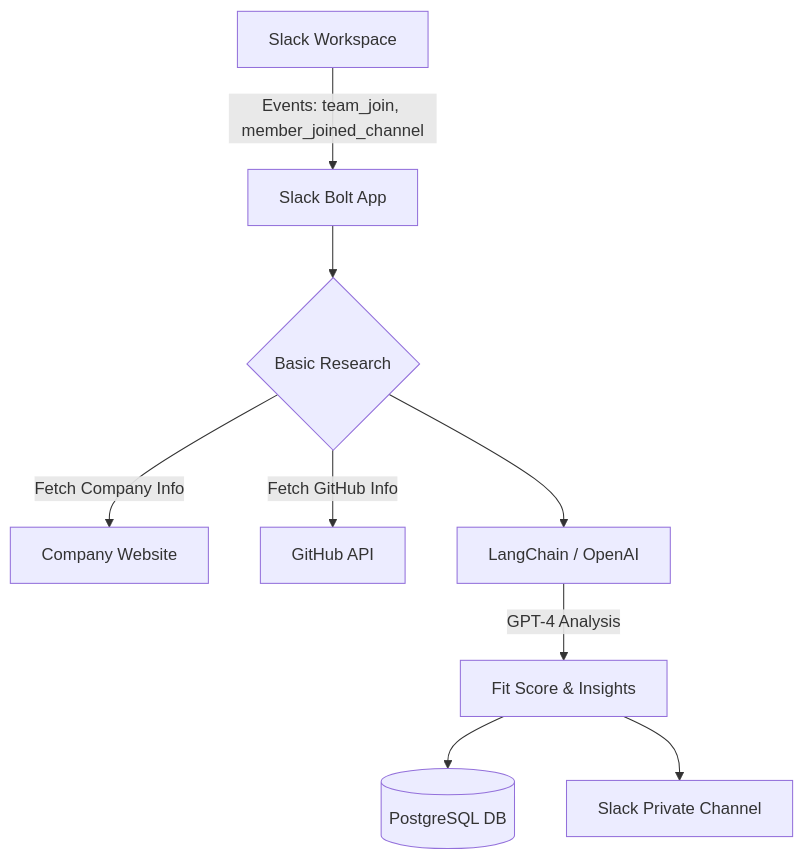
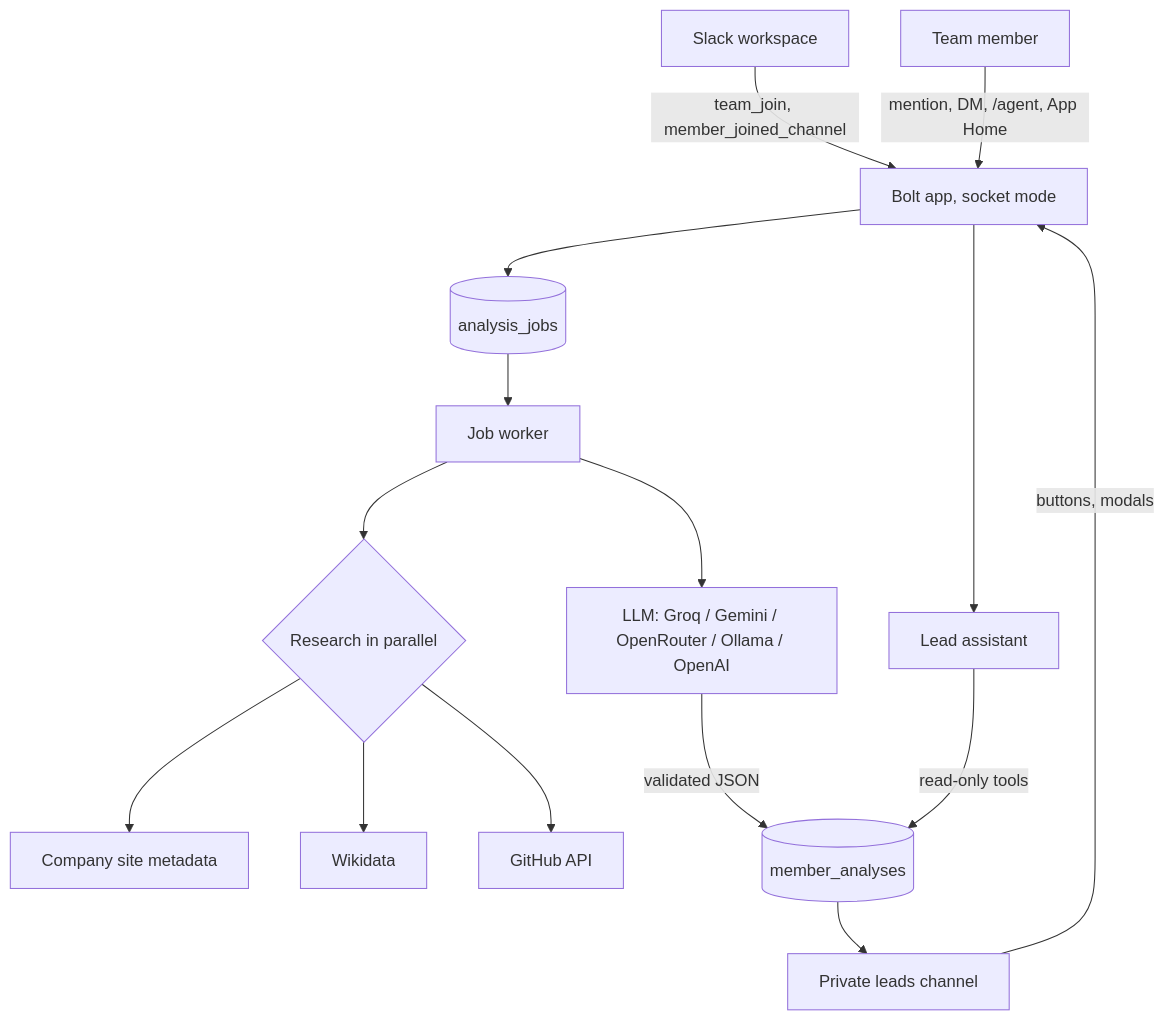
One commit to RaagulGananathan13/SLACK-AI-AGENT changed the first of 2 diagrams in README.md. Above: the diagram before and after it, drawn with Mermaid. The commit also changed other lines of this file, not shown here.

````diff
--- a/README.md
+++ b/README.md
@@ -28,11 +44,17 @@
 ```mermaid
 graph TD
-    A[Slack Workspace] -->|Events: team_join, member_joined_channel| B[Slack Bolt App]
-    B --> C{Basic Research}
-    C -->|Fetch Company Info| D[Company Website]
-    C -->|Fetch GitHub Info| E[GitHub API]
-    C --> F[LangChain / OpenAI]
-    F -->|GPT-4 Analysis| G[Fit Score & Insights]
-    G --> H[(PostgreSQL DB)]
-    G --> I[Slack Private Channel]
+    S[Slack workspace] -->|team_join, member_joined_channel| E[Bolt app, socket mode]
+    E --> Q[(analysis_jobs)]
+    Q --> W[Job worker]
+    W --> R{Research in parallel}
+    R --> C[Company site metadata]
+    R --> D[Wikidata]
+    R --> G[GitHub API]
+    W --> L[LLM: Groq / Gemini / OpenRouter / Ollama / OpenAI]
+    L -->|validated JSON| DB[(member_analyses)]
+    DB --> P[Private leads channel]
+    P -->|buttons, modals| E
+    U[Team member] -->|mention, DM, /agent, App Home| E
+    E --> A[Lead assistant]
+    A -->|read-only tools| DB
 ```
````
